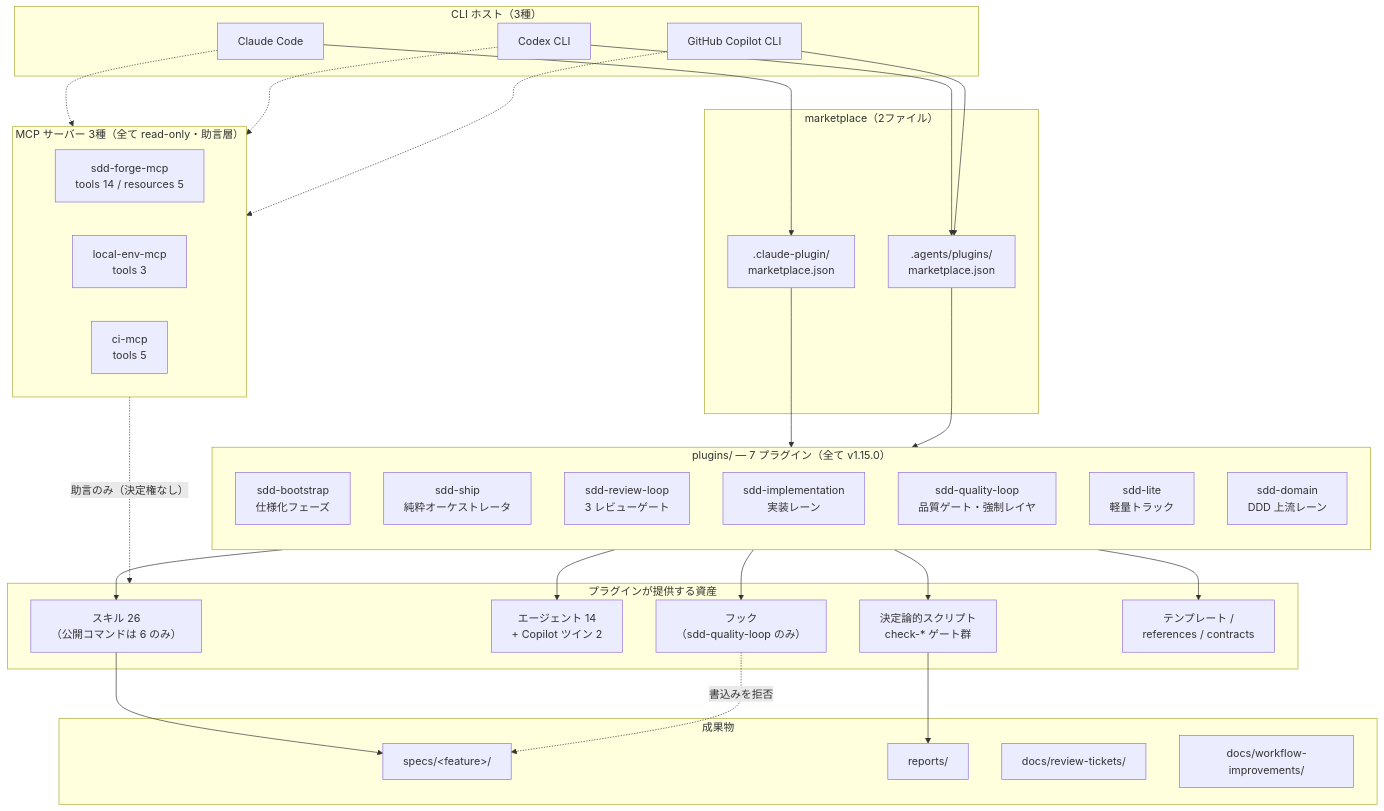
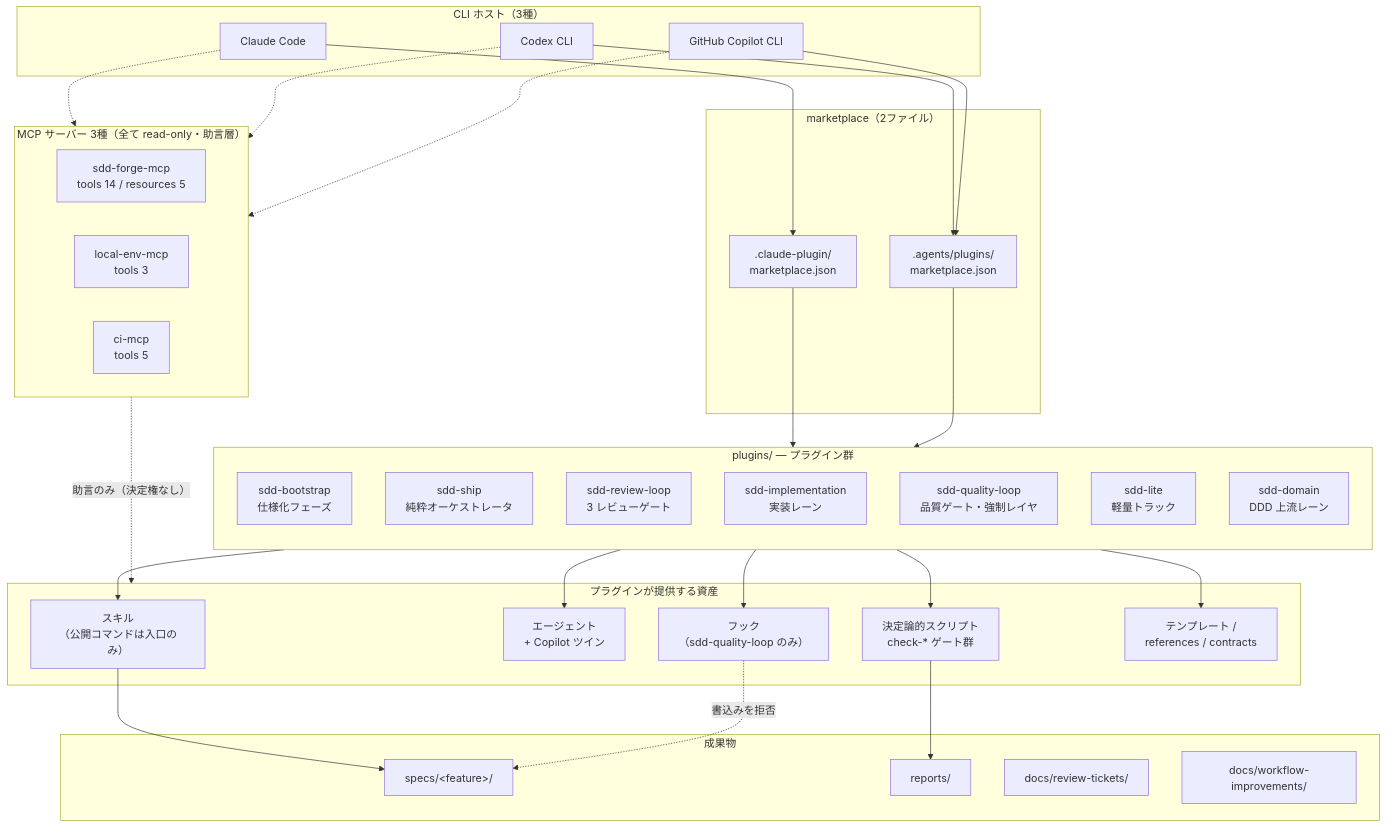
One commit to aharada54914/sdd-forge changed the first of 4 diagrams in docs/architecture/overview.md. Above: the diagram before and after it, drawn with Mermaid. The commit also changed other lines of this file and 2 other files, not shown here.

First line of the commit message:
docs: add architecture and flow diagrams (Phase 2)

````diff
--- a/docs/architecture/overview.md
+++ b/docs/architecture/overview.md
@@ -11,67 +11,67 @@
 ```mermaid
 flowchart TD
     subgraph hosts["CLI ホスト（3種）"]
         CC["Claude Code"]
         CX["Codex CLI"]
         CP["GitHub Copilot CLI"]
     end
 
     subgraph mkt["marketplace（2ファイル）"]
         M1[".claude-plugin/<br/>marketplace.json"]
         M2[".agents/plugins/<br/>marketplace.json"]
     end
 
     CC --> M1
     CX --> M2
     CP --> M2
 
-    subgraph plugins["plugins/ — 7 プラグイン（全て v1.15.0）"]
+    subgraph plugins["plugins/ — プラグイン群"]
         direction TB
         PB["sdd-bootstrap<br/>仕様化フェーズ"]
         PS["sdd-ship<br/>純粋オーケストレータ"]
         PR["sdd-review-loop<br/>3 レビューゲート"]
         PI["sdd-implementation<br/>実装レーン"]
         PQ["sdd-quality-loop<br/>品質ゲート・強制レイヤ"]
         PL["sdd-lite<br/>軽量トラック"]
         PD["sdd-domain<br/>DDD 上流レーン"]
     end
 
     M1 --> plugins
     M2 --> plugins
 
     subgraph assets["プラグインが提供する資産"]
-        SK["スキル 26<br/>（公開コマンドは 6 のみ）"]
-        AG["エージェント 14<br/>+ Copilot ツイン 2"]
+        SK["スキル<br/>（公開コマンドは入口のみ）"]
+        AG["エージェント<br/>+ Copilot ツイン"]
         HK["フック<br/>（sdd-quality-loop のみ）"]
         SC["決定論的スクリプト<br/>check-* ゲート群"]
         TP["テンプレート /<br/>references / contracts"]
     end
 
     plugins --> SK
     plugins --> AG
     plugins --> HK
     plugins --> SC
     plugins --> TP
 
     subgraph mcp["MCP サーバー 3種（全て read-only・助言層）"]
         MA["sdd-forge-mcp<br/>tools 14 / resources 5"]
         MB["local-env-mcp<br/>tools 3"]
         MC["ci-mcp<br/>tools 5"]
     end
 
     CC -.-> mcp
     CX -.-> mcp
     CP -.-> mcp
     mcp -. "助言のみ（決定権なし）" .-> assets
 
     subgraph out["成果物"]
         O1["specs/&lt;feature&gt;/"]
         O2["reports/"]
         O3["docs/review-tickets/"]
         O4["docs/workflow-improvements/"]
     end
 
     SK --> O1
     SC --> O2
     HK -. "書込みを拒否" .-> O1
 ```
````
